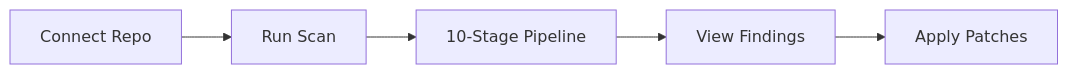
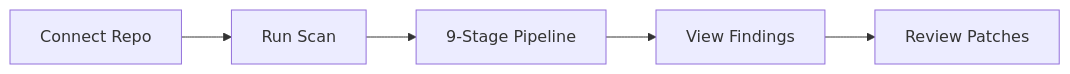
Before and after one commit to iamngoni/heimdall: the first of 6 diagrams in README.md, drawn with Mermaid. The commit also changed other lines of this file and 24 other files, not shown here.

````diff
--- a/README.md
+++ b/README.md
@@ -39,7 +39,7 @@
 ```mermaid
 graph LR
     A[Connect Repo] --> B[Run Scan]
-    B --> C[10-Stage Pipeline]
+    B --> C[9-Stage Pipeline]
     C --> D[View Findings]
-    D --> E[Apply Patches]
+    D --> E[Review Patches]
 ```
````
